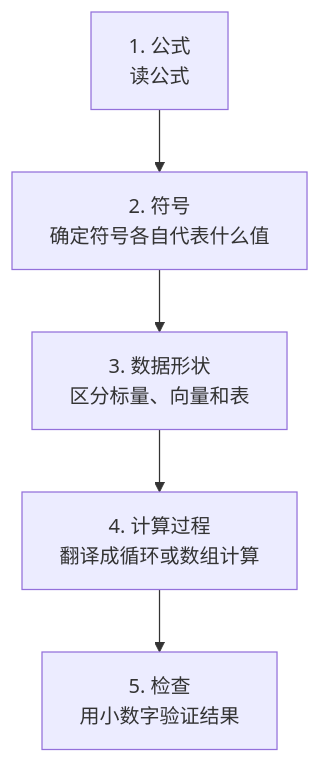
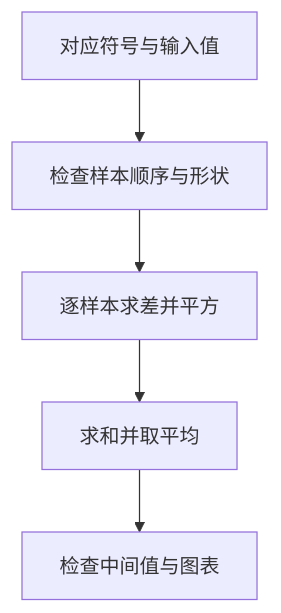
One commit to devchan64/AiBook changed the diagram in docs/assets/part-02/chapter-15/formula-to-code-flow-zh.mmd. Above: the diagram before and after it, drawn with Mermaid. The commit also changed 22 other files, not shown here.

```diff
--- a/docs/assets/part-02/chapter-15/formula-to-code-flow-zh.mmd
+++ b/docs/assets/part-02/chapter-15/formula-to-code-flow-zh.mmd
@@ -1,8 +1,8 @@
 flowchart TD
-  A["1. 公式<br/>读公式"]
-  B["2. 符号<br/>确定符号各自代表什么值"]
-  C["3. 数据形状<br/>区分标量、向量和表"]
-  D["4. 计算过程<br/>翻译成循环或数组计算"]
-  E["5. 检查<br/>用小数字验证结果"]
+  A["对应符号与输入值"]
+  B["检查样本顺序与形状"]
+  C["逐样本求差并平方"]
+  D["求和并取平均"]
+  E["检查中间值与图表"]
 
   A --> B --> C --> D --> E
```
